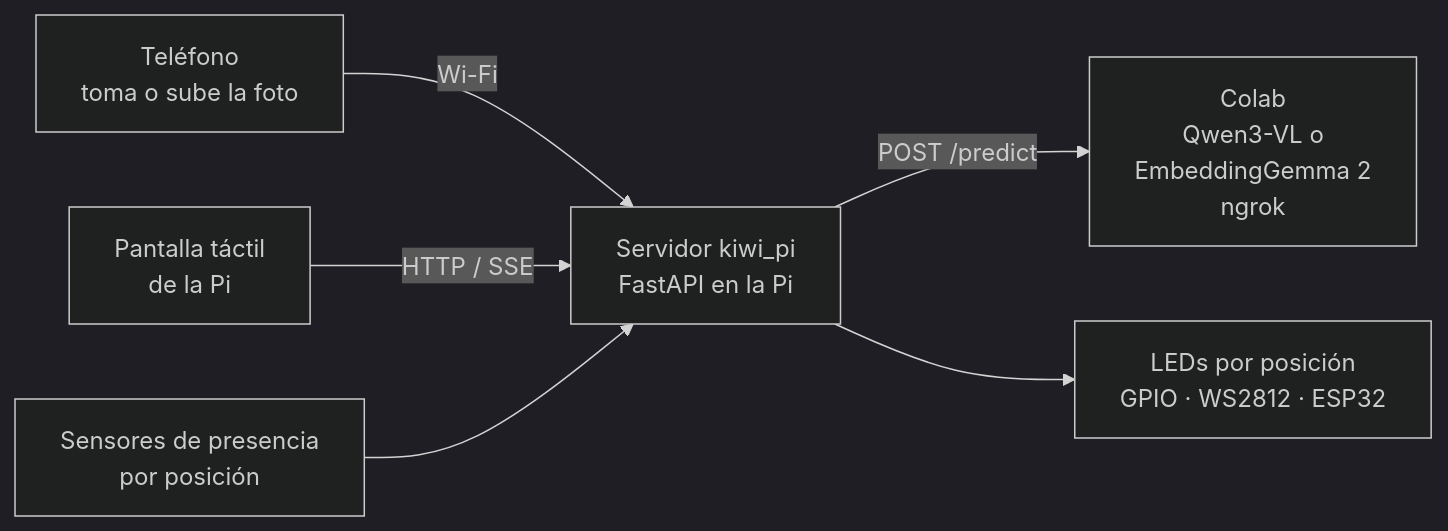
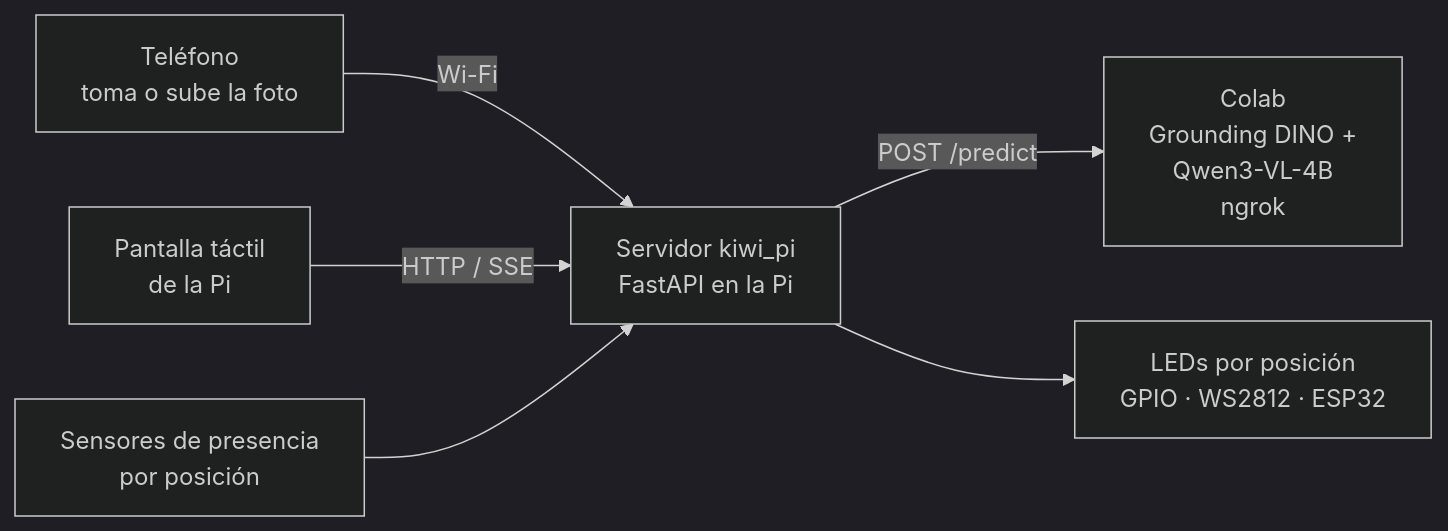
Before and after one commit to fcanas574/kiwi: the diagram in pi/README.md, drawn with Mermaid (dark theme). The commit also changed other lines of this file and 4 other files, not shown here.

Commit message:
Document the primary multiobject recognition and return flow

````diff
--- a/pi/README.md
+++ b/pi/README.md
@@ -5,8 +5,8 @@
 ```mermaid
 flowchart LR
     T[Teléfono<br>toma o sube la foto] -- Wi-Fi --> S[Servidor kiwi_pi<br>FastAPI en la Pi]
     U[Pantalla táctil<br>de la Pi] -- HTTP / SSE --> S
-    S -- POST /predict --> A[Colab<br>Qwen3-VL o<br>EmbeddingGemma 2<br>ngrok]
+    S -- POST /predict --> A[Colab<br>Grounding DINO +<br>Qwen3-VL-4B<br>ngrok]
     S --> L[LEDs por posición<br>GPIO · WS2812 · ESP32]
     P[Sensores de presencia<br>por posición] --> S
 ```
````
